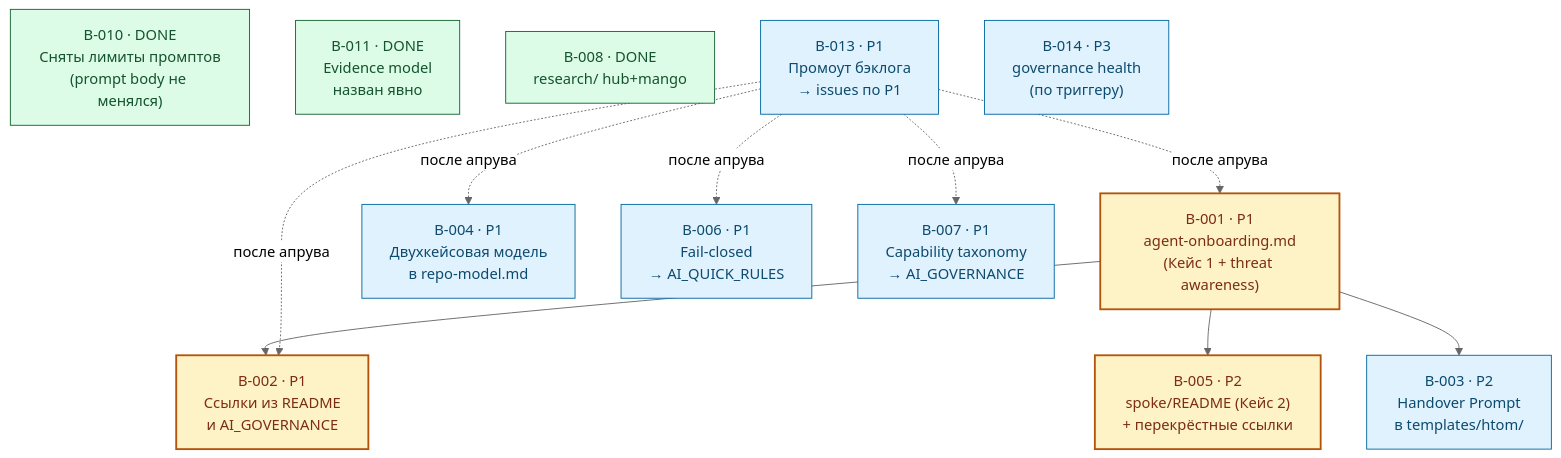
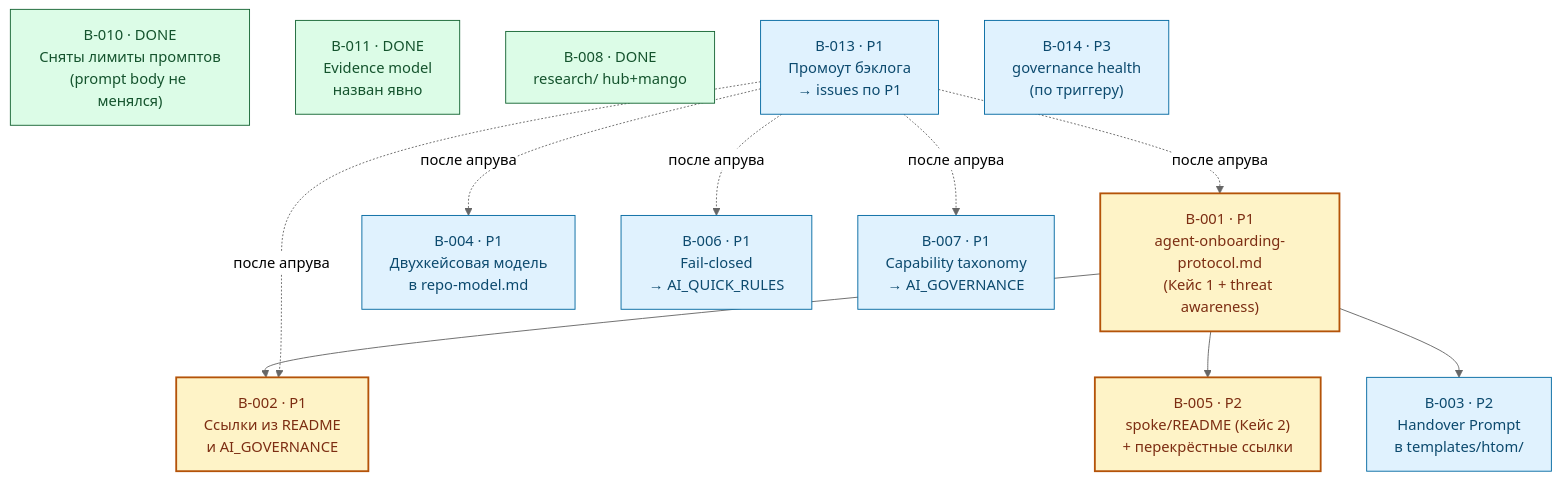
The diagram in governance/backlog.md (konard/G-Ivan-A-hybrid-Intelligence-lab), drawn with Mermaid (neutral theme) before and after one commit. The commit also changed other lines of this file and 21 other files, not shown here.

First line of the commit message:
creative: rename onboarding files + semantic protocol/artefact split (#207 step 1)

````diff
--- a/governance/backlog.md
+++ b/governance/backlog.md
@@ -904,36 +904,36 @@
 ```mermaid
 flowchart TD
     B010["B-010 · DONE<br/>Сняты лимиты промптов<br/>(prompt body не менялся)"]
-    B001["B-001 · P1<br/>agent-onboarding.md<br/>(Кейс 1 + threat awareness)"]
+    B001["B-001 · P1<br/>agent-onboarding-protocol.md<br/>(Кейс 1 + threat awareness)"]
     B002["B-002 · P1<br/>Ссылки из README<br/>и AI_GOVERNANCE"]
     B005["B-005 · P2<br/>spoke/README (Кейс 2)<br/>+ перекрёстные ссылки"]
 
     B003["B-003 · P2<br/>Handover Prompt<br/>в templates/htom/"]
     B004["B-004 · P1<br/>Двухкейсовая модель<br/>в repo-model.md"]
     B006["B-006 · P1<br/>Fail-closed<br/>→ AI_QUICK_RULES"]
     B007["B-007 · P1<br/>Capability taxonomy<br/>→ AI_GOVERNANCE"]
     B011["B-011 · DONE<br/>Evidence model<br/>назван явно"]
     B008["B-008 · DONE<br/>research/ hub+mango"]
     B013["B-013 · P1<br/>Промоут бэклога<br/>→ issues по P1"]
     B014["B-014 · P3<br/>governance health<br/>(по триггеру)"]
 
     %% Критический путь
     B001 --> B002
     B001 --> B005
 
     %% Прочие зависимости
     B001 --> B003
     B013 -. "после апрува" .-> B001
     B013 -. "после апрува" .-> B002
     B013 -. "после апрува" .-> B004
     B013 -. "после апрува" .-> B006
     B013 -. "после апрува" .-> B007
 
     classDef crit fill:#fef3c7,stroke:#b45309,color:#7c2d12,stroke-width:2px;
     classDef norm fill:#e0f2fe,stroke:#0369a1,color:#0c4a6e;
     classDef done fill:#dcfce7,stroke:#166534,color:#14532d;
 
     class B001,B002,B005 crit;
     class B003,B004,B006,B007,B013,B014 norm;
     class B008,B010,B011 done;
 ```
````
